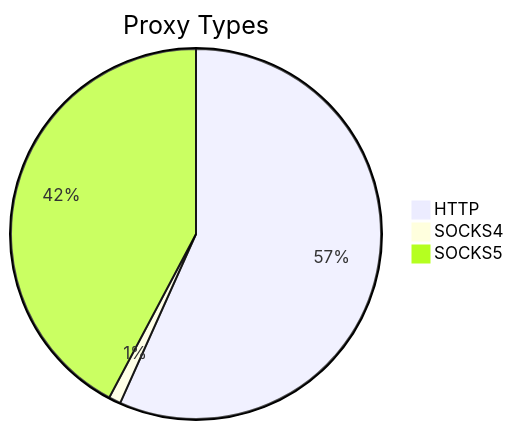
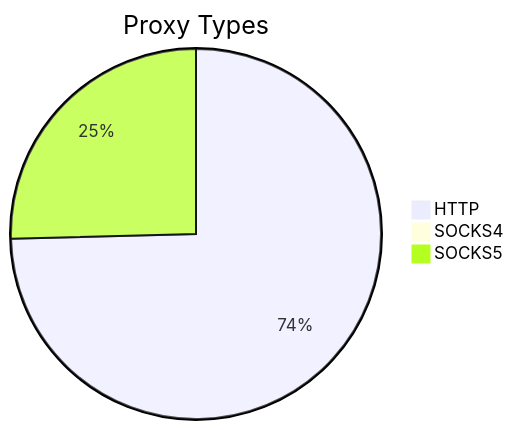
Before and after one commit to stormsia/proxy-list: the first of 2 diagrams in README.md, drawn with Mermaid. The commit also changed other lines of this file, not shown here.

````diff
--- a/README.md
+++ b/README.md
@@ -21,6 +21,6 @@
 ```mermaid
 pie title Proxy Types
-    "HTTP" : 1728
-    "SOCKS4" : 32
-    "SOCKS5" : 1287
+    "HTTP" : 1714
+    "SOCKS4" : 14
+    "SOCKS5" : 584
 ```
````
